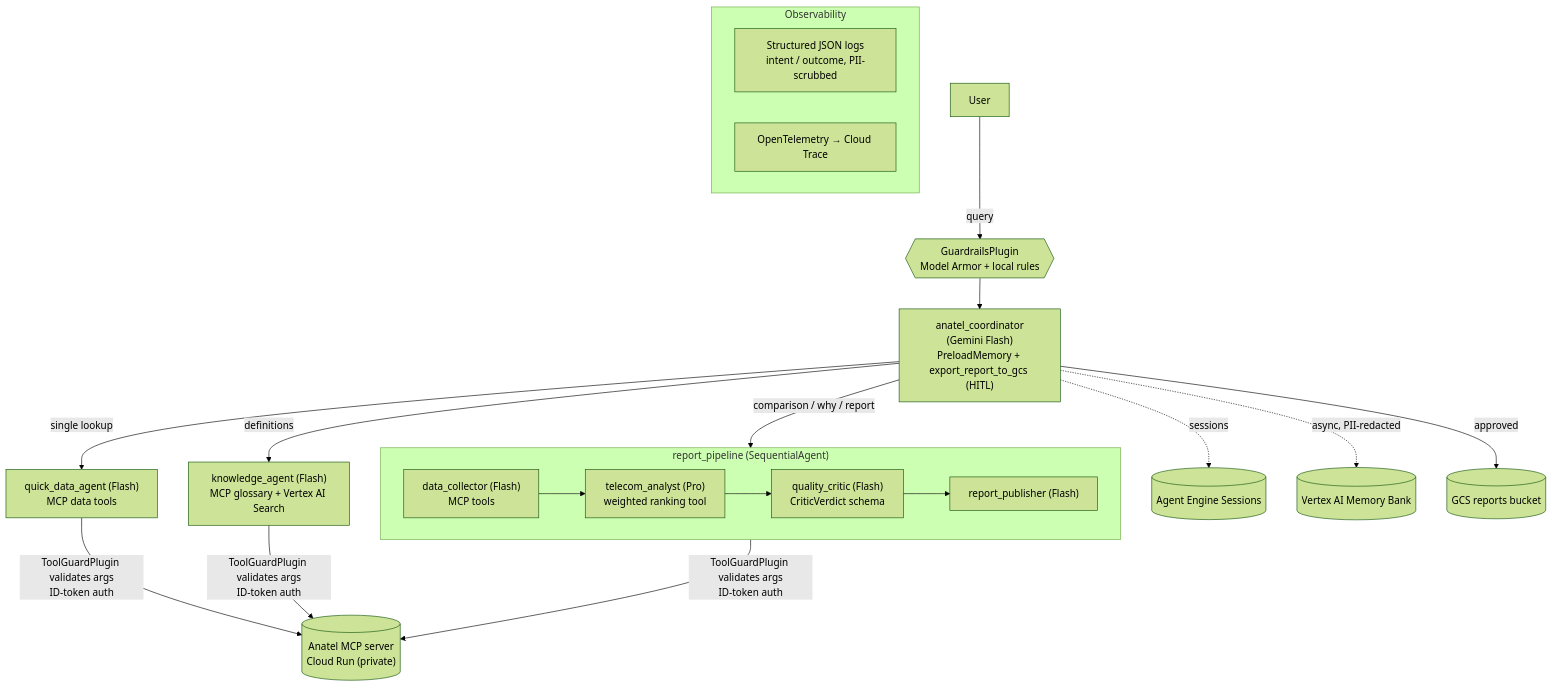
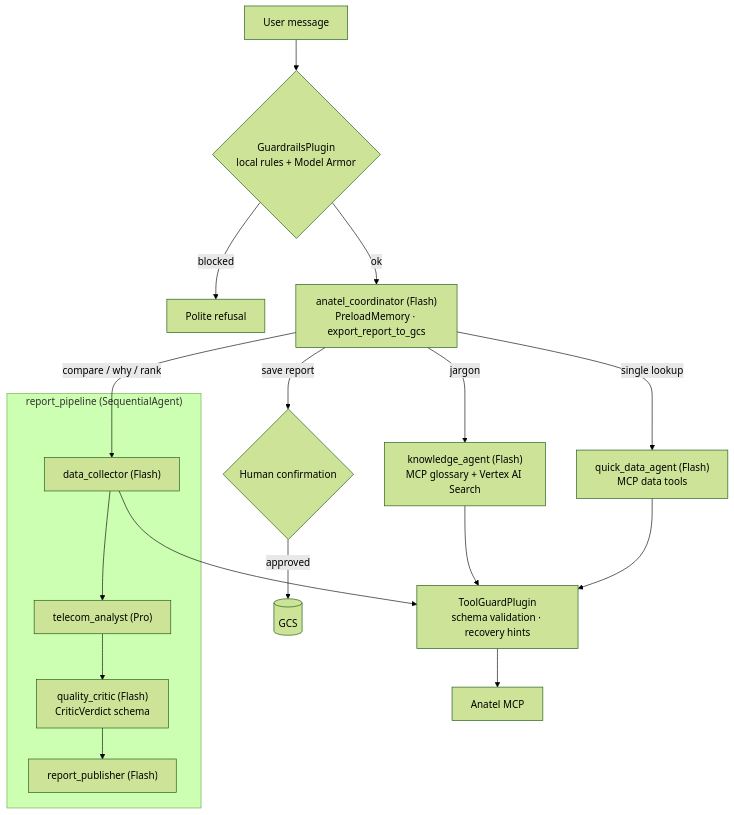
Before and after one commit to thiago-a-azevedo/anatel: the second of 3 diagrams in README.md, drawn with Mermaid (forest theme). The commit also changed other lines of this file and 25 other files, not shown here.

First line of the commit message:
Harden and fully test: memory, guardrails, DLP, observability, critic grounding

````diff
--- a/README.md
+++ b/README.md
@@ -48,20 +128,18 @@
 ```mermaid
 flowchart TD
-  U[User] -->|query| GR{{"GuardrailsPlugin<br/>Model Armor + local rules"}}
-  GR --> C["anatel_coordinator<br/>(Gemini Flash)<br/>PreloadMemory + export_report_to_gcs (HITL)"]
-  C -->|definitions| K["knowledge_agent (Flash)<br/>MCP glossary + Vertex AI Search"]
+  U["User message"] --> G{"GuardrailsPlugin<br/>local rules + Model Armor"}
+  G -->|blocked| R["Polite refusal"]
+  G -->|ok| C["anatel_coordinator (Flash)<br/>PreloadMemory · export_report_to_gcs"]
+  C -->|jargon| K["knowledge_agent (Flash)<br/>MCP glossary + Vertex AI Search"]
   C -->|single lookup| Q["quick_data_agent (Flash)<br/>MCP data tools"]
-  C -->|comparison / why / report| P
-  subgraph P["report_pipeline (SequentialAgent)"]
-    direction LR
-    D["data_collector (Flash)<br/>MCP tools"] --> A["telecom_analyst (Pro)<br/>weighted ranking tool"] --> J["quality_critic (Flash)<br/>CriticVerdict schema"] --> PUB["report_publisher (Flash)"]
+  C -->|compare / why / rank| P1
+  C -->|save report| H{"Human confirmation"}
+  H -->|approved| S[("GCS")]
+  subgraph PIPE["report_pipeline (SequentialAgent)"]
+    P1["data_collector (Flash)"] --> P2["telecom_analyst (Pro)"]
+    P2 --> P3["quality_critic (Flash)<br/>CriticVerdict schema"]
+    P3 --> P4["report_publisher (Flash)"]
   end
-  D & Q & K -->|"ToolGuardPlugin validates args<br/>ID-token auth"| MCP[("Anatel MCP server<br/>Cloud Run (private)")]
-  C -. sessions .-> S[("Agent Engine Sessions")]
-  C -. "async, PII-redacted" .-> M[("Vertex AI Memory Bank")]
-  C -->|approved| GCS[("GCS reports bucket")]
-  subgraph O["Observability"]
-    L["Structured JSON logs<br/>intent / outcome, PII-scrubbed"]
-    T["OpenTelemetry → Cloud Trace"]
-  end
+  K & Q & P1 --> TG["ToolGuardPlugin<br/>schema validation · recovery hints"]
+  TG --> M["Anatel MCP"]
 ```
````
